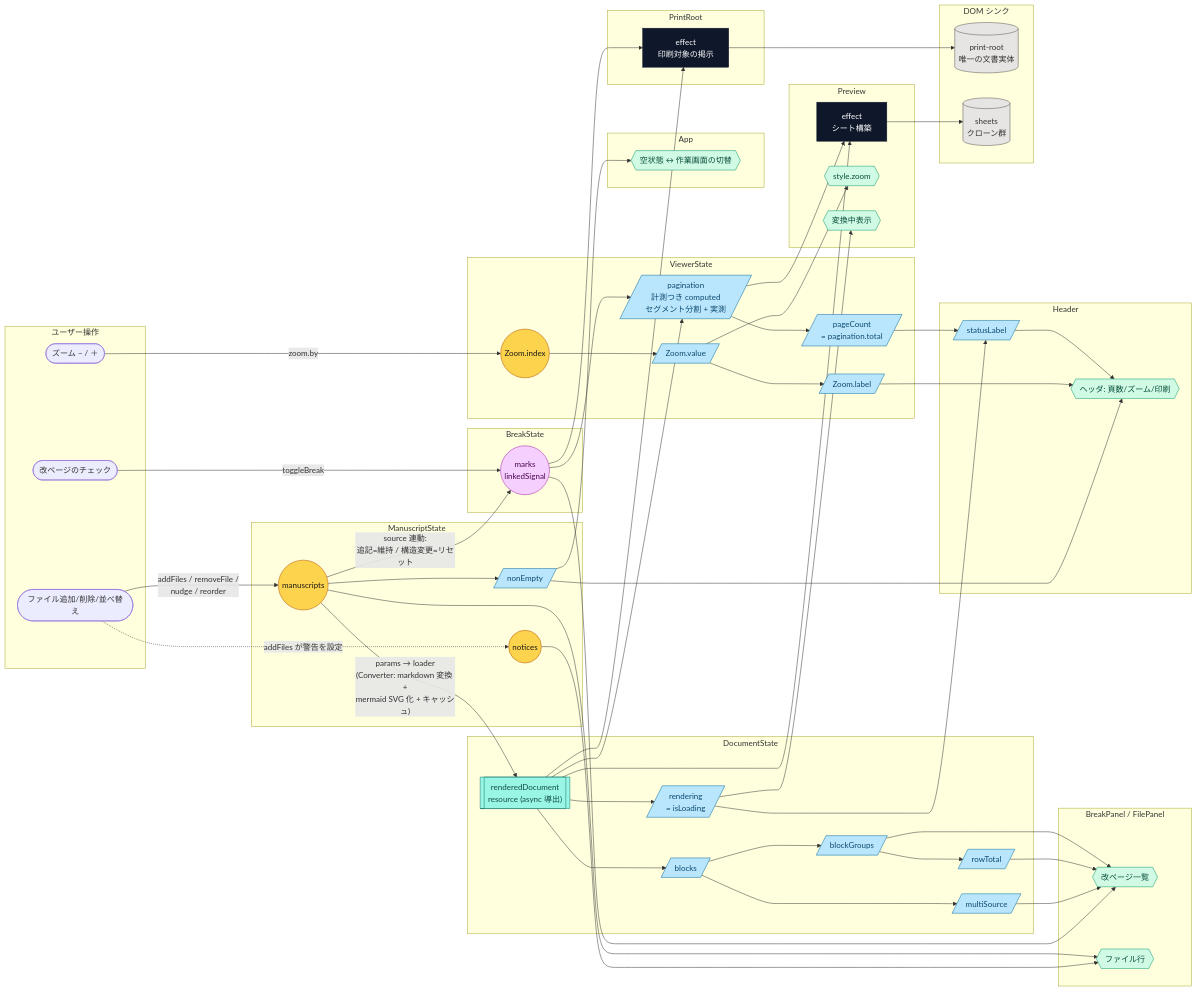
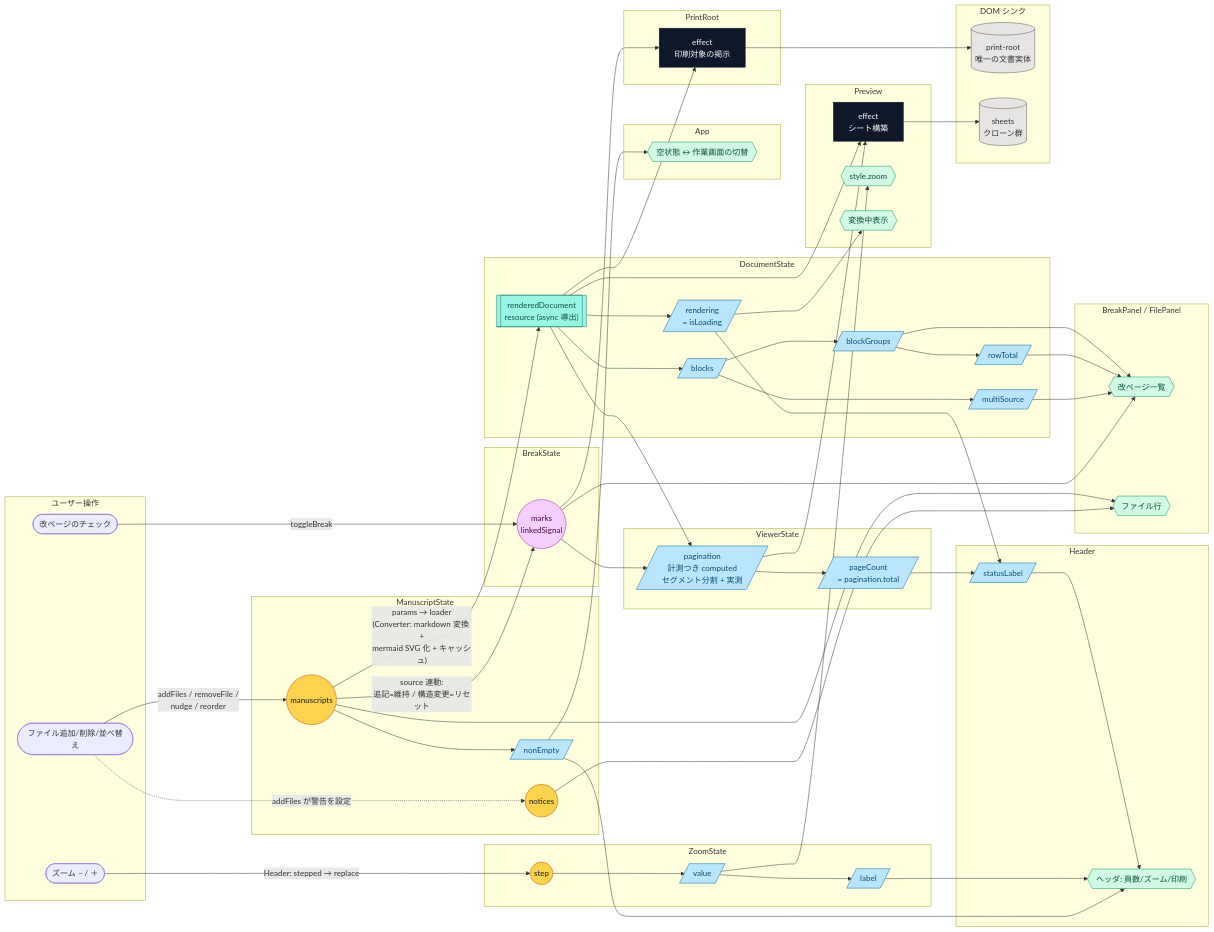
The diagram in docs/signal-graph.md (lacolaco/printmd), drawn with Mermaid before and after one commit. The commit also changed other lines of this file and 21 other files, not shown here.

```diff
--- a/docs/signal-graph.md
+++ b/docs/signal-graph.md
@@ -37,11 +37,14 @@
   end
 
   subgraph Viewer["ViewerState"]
-    V1((Zoom.index))
     V3[/pagination<br/>計測つき computed<br/>セグメント分割 + 実測/]
     V2[/pageCount<br/>= pagination.total/]
-    VC1[/Zoom.value/]
-    VC2[/Zoom.label/]
+  end
+
+  subgraph ZoomS["ZoomState"]
+    V1((step))
+    VC1[/value/]
+    VC2[/label/]
   end
 
   subgraph HeaderC["Header"]
@@ -76,7 +79,7 @@
   A1 -- "addFiles / removeFile /<br/>nudge / reorder" --> S1
   S1 -- "source 連動:<br/>追記=維持 / 構造変更=リセット" --> S2
   A2 -- toggleBreak --> S2
-  A3 -- zoom.by --> V1
+  A3 -- "Header: stepped → replace" --> V1
 
   S1 -- "params → loader<br/>(Converter: markdown 変換 +<br/>mermaid SVG 化 + キャッシュ)" --> S4
   S4 --> S3
```
